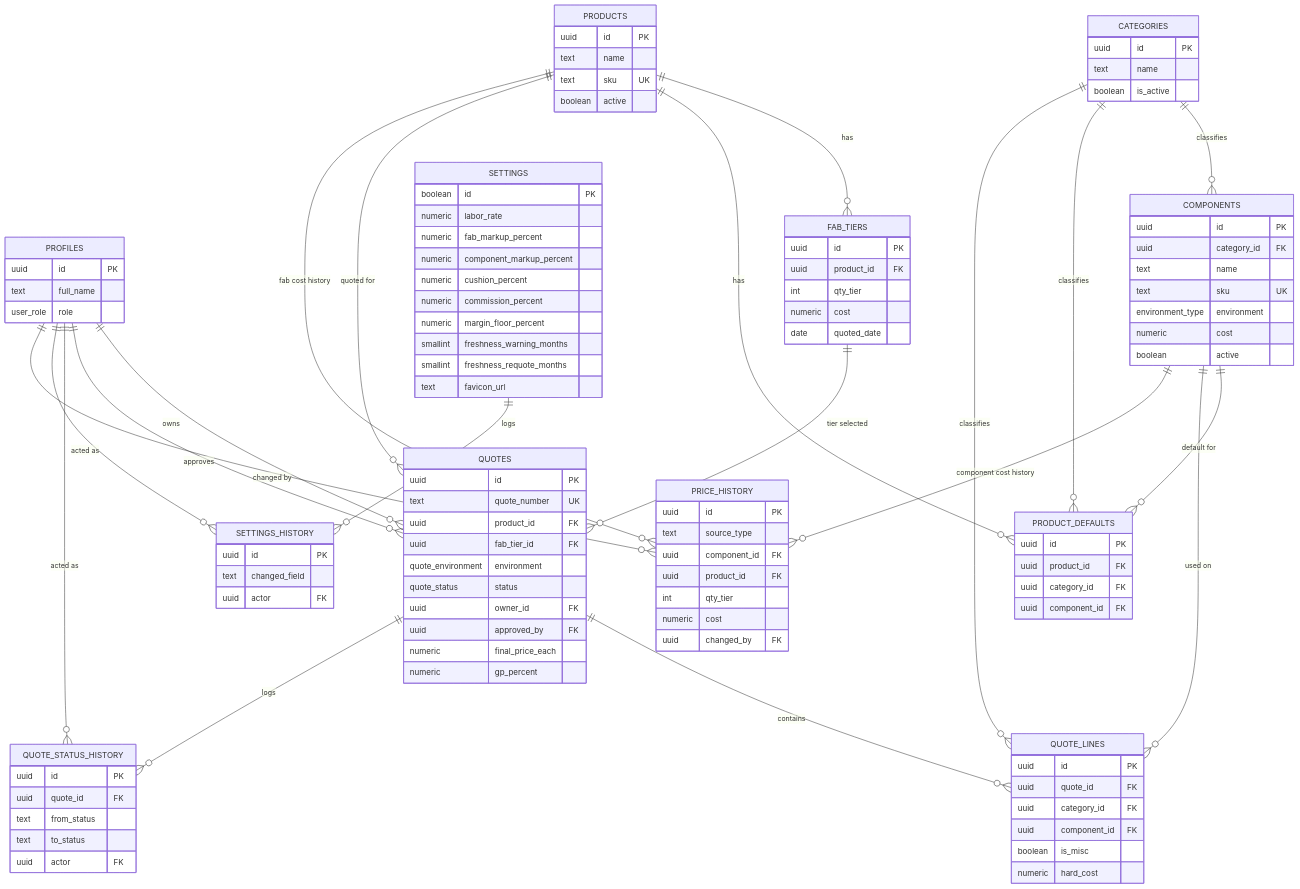
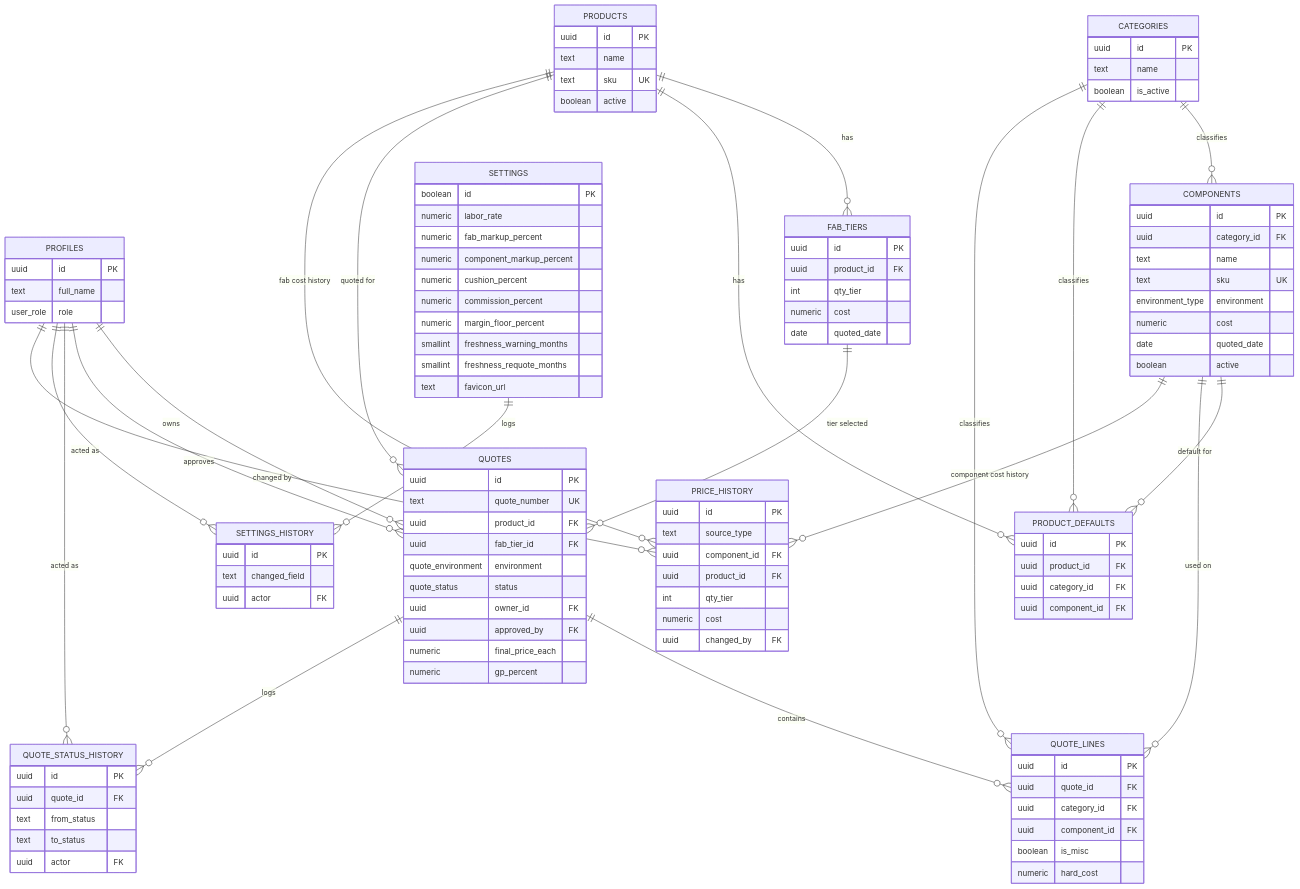
One commit to Cueserve/rr-redyquote changed the diagram in docs/DATABASE.md. Above: the diagram before and after it, drawn with Mermaid. The commit also changed other lines of this file and 3 other files, not shown here.

First line of the commit message:
docs: record schema decisions, fix drift, and correct the migration-apply model (#43)

```diff
--- a/docs/DATABASE.md
+++ b/docs/DATABASE.md
@@ -184,6 +190,7 @@
         text sku UK
         environment_type environment
         numeric cost
+        date quoted_date
         boolean active
     }
     PRICE_HISTORY {
```
